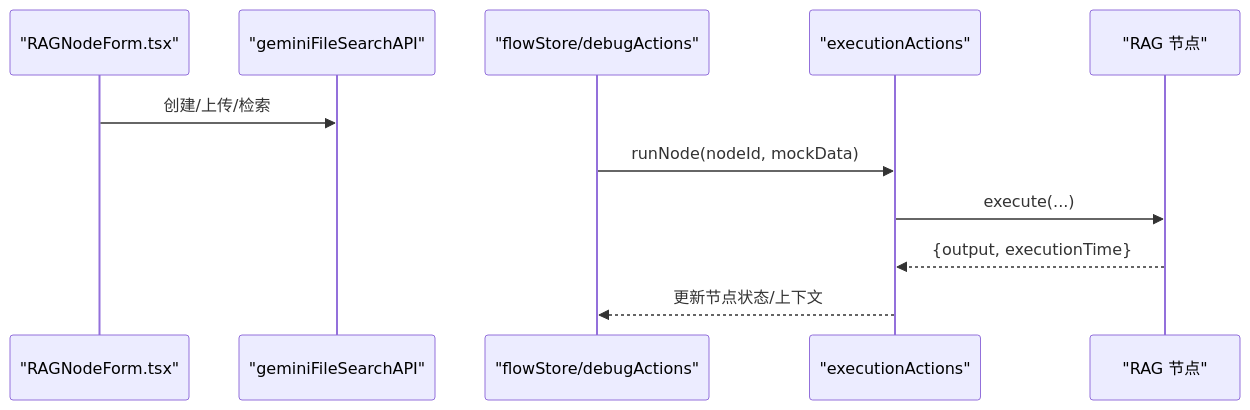
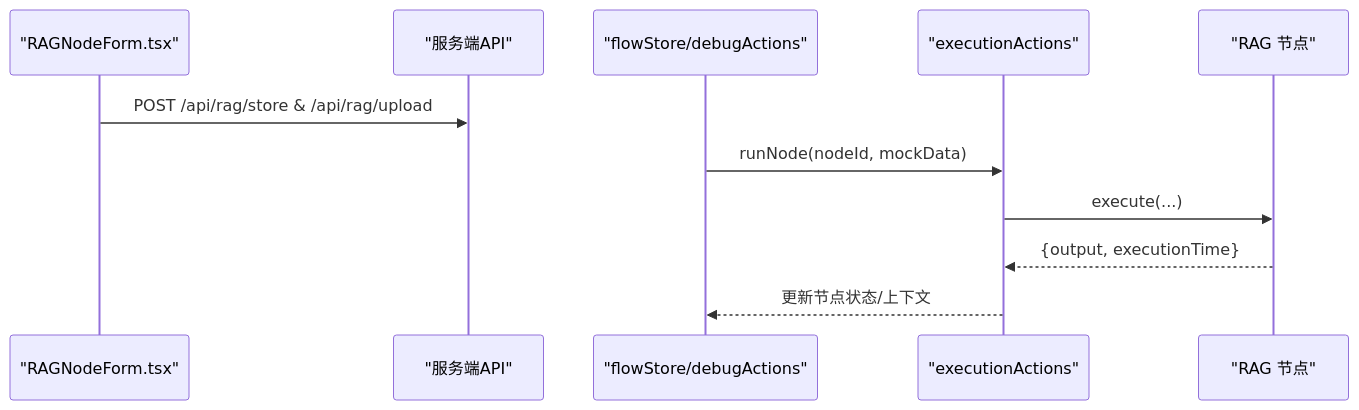
The sixth of 7 diagrams in .qoder/repowiki/zh/content/核心功能详解/模块化执行器架构/RAGNodeExecutor 增强.md (JasperLin2333/Flash-Flow), drawn with Mermaid before and after one commit. The commit also changed other lines of this file and 12 other files, not shown here.

````diff
--- a/.qoder/repowiki/zh/content/核心功能详解/模块化执行器架构/RAGNodeExecutor 增强.md
+++ b/.qoder/repowiki/zh/content/核心功能详解/模块化执行器架构/RAGNodeExecutor 增强.md
@@ -253,13 +252,13 @@
 ```mermaid
 sequenceDiagram
 participant Builder as "RAGNodeForm.tsx"
-participant API as "geminiFileSearchAPI"
+participant API as "服务端API"
 participant Store as "flowStore/debugActions"
 participant Exec as "executionActions"
 participant Node as "RAG 节点"
-Builder->>API : 创建/上传/检索
+Builder->>API : POST /api/rag/store & /api/rag/upload
 Store->>Exec : runNode(nodeId, mockData)
 Exec->>Node : execute(...)
 Node-->>Exec : {output, executionTime}
 Exec-->>Store : 更新节点状态/上下文
 ```
````
